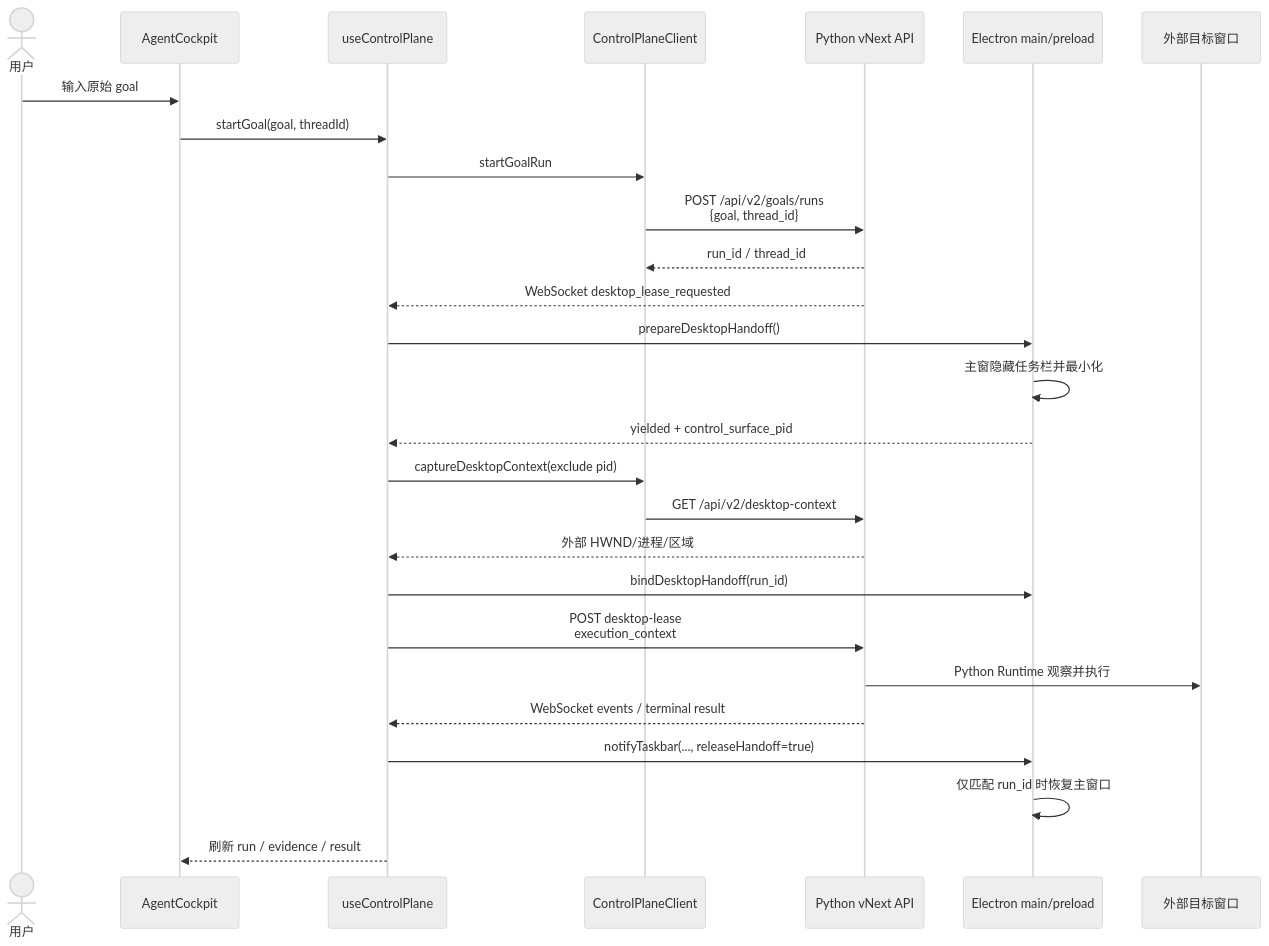
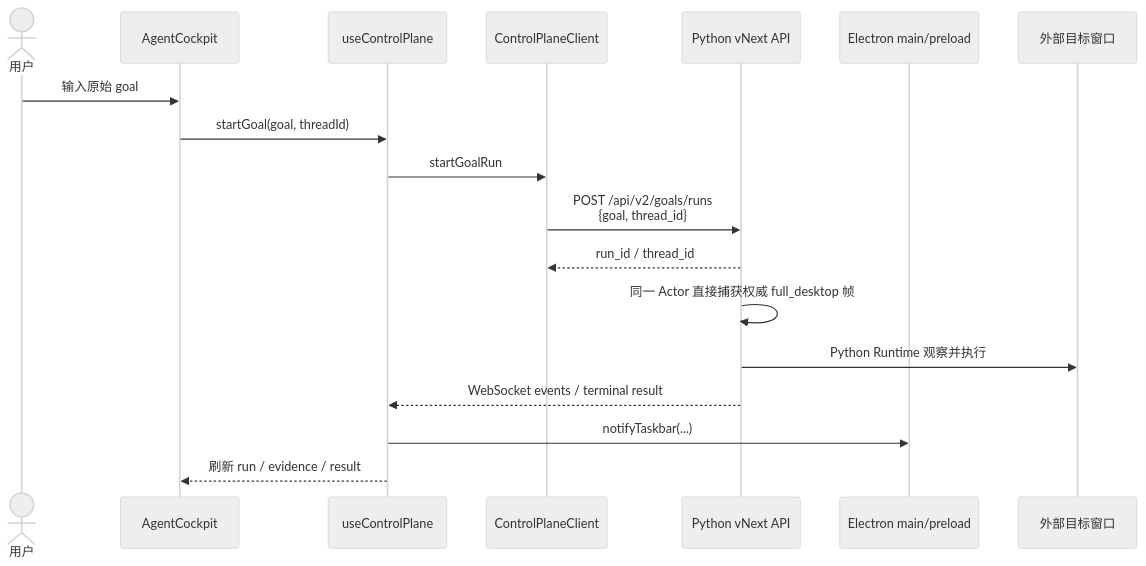
One commit to zoujiapeng/lingdong-script changed the second of 6 diagrams in docs/project-guide/05-file-reference-typescript-electron.md. Above: the diagram before and after it, drawn with Mermaid (neutral theme). The commit also changed other lines of this file and 58 other files, not shown here.

````diff
--- a/docs/project-guide/05-file-reference-typescript-electron.md
+++ b/docs/project-guide/05-file-reference-typescript-electron.md
@@ -59,30 +59,21 @@
 ```mermaid
 sequenceDiagram
   actor U as 用户
   participant A as AgentCockpit
   participant H as useControlPlane
   participant C as ControlPlaneClient
   participant P as Python vNext API
   participant E as Electron main/preload
   participant T as 外部目标窗口
 
   U->>A: 输入原始 goal
   A->>H: startGoal(goal, threadId)
   H->>C: startGoalRun
   C->>P: POST /api/v2/goals/runs<br/>{goal, thread_id}
   P-->>C: run_id / thread_id
-  P-->>H: WebSocket desktop_lease_requested
-  H->>E: prepareDesktopHandoff()
-  E->>E: 主窗隐藏任务栏并最小化
-  E-->>H: yielded + control_surface_pid
-  H->>C: captureDesktopContext(exclude pid)
-  C->>P: GET /api/v2/desktop-context
-  P-->>H: 外部 HWND/进程/区域
-  H->>E: bindDesktopHandoff(run_id)
-  H->>P: POST desktop-lease<br/>execution_context
+  P->>P: 同一 Actor 直接捕获权威 full_desktop 帧
   P->>T: Python Runtime 观察并执行
   P-->>H: WebSocket events / terminal result
-  H->>E: notifyTaskbar(..., releaseHandoff=true)
-  E->>E: 仅匹配 run_id 时恢复主窗口
+  H->>E: notifyTaskbar(...)
   H-->>A: 刷新 run / evidence / result
 ```
````
